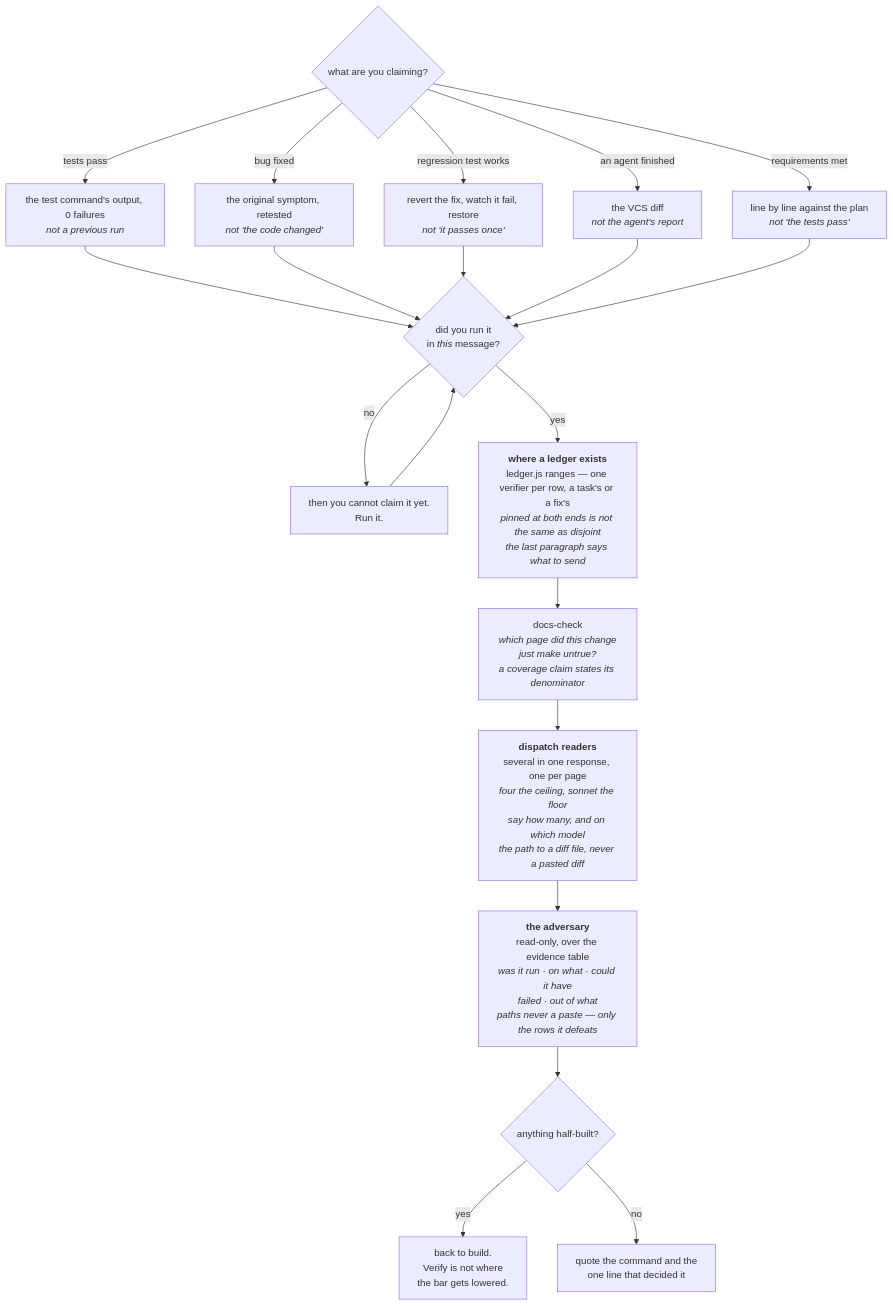
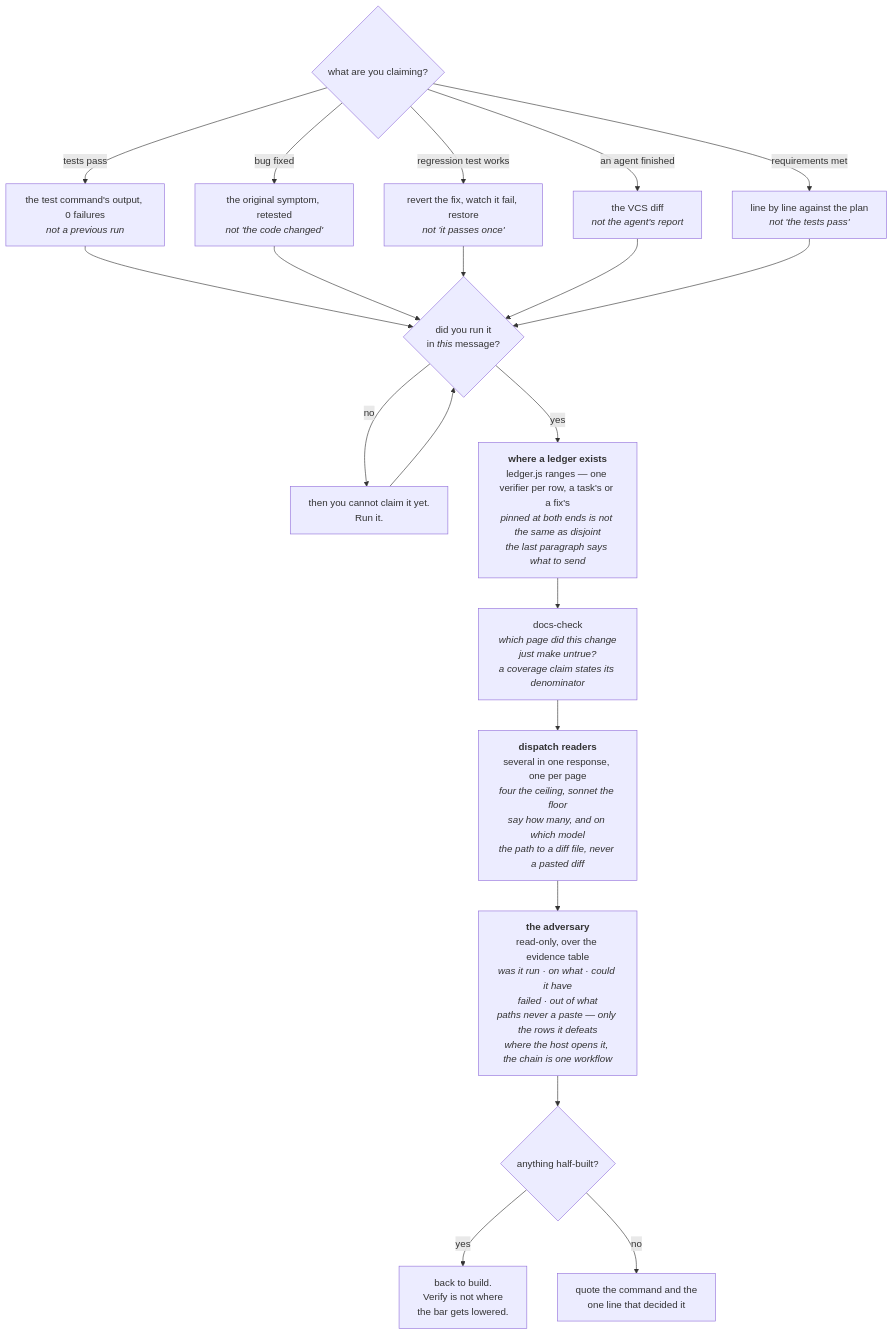
Before and after one commit to FanFantom9452/FanKeel: the sixth of 8 diagrams in docs/pipeline.md, drawn with Mermaid. The commit also changed other lines of this file and 1 other file, not shown here.

Commit message:
docs(pipeline): each stage diagram quotes one line of its rule
- docs/pipeline.md: verify's adversary node regains "where the host opens it, the chain is one workflow"; audit's docs-check node says "dead references, never opinions" instead of paraphrasing it, which had dropped the half that separates the scanner from a person's judgement
- tests/pipeline-doc.test.js: one anchor phrase per stage, asserted both against that stage's rules in lib/stages.js and against its own section of the diagram

````diff
--- a/docs/pipeline.md
+++ b/docs/pipeline.md
@@ -557,38 +557,38 @@
 ```mermaid
 flowchart TD
     A{"what are you claiming?"}
     A1["the test command's output, 0 failures<br/><i>not a previous run</i>"]
     A2["the original symptom, retested<br/><i>not 'the code changed'</i>"]
     A3["revert the fix, watch it fail, restore<br/><i>not 'it passes once'</i>"]
     A4["the VCS diff<br/><i>not the agent's report</i>"]
     A5["line by line against the plan<br/><i>not 'the tests pass'</i>"]
     B{"did you run it<br/>in <i>this</i> message?"}
     C["then you cannot claim it yet.<br/>Run it."]
     D0["<b>where a ledger exists</b><br/>ledger.js ranges — one verifier per row, a task's or a fix's<br/><i>pinned at both ends is not the same as disjoint</i><br/><i>the last paragraph says what to send</i>"]
     D["docs-check<br/><i>which page did this change<br/>just make untrue?</i><br/><i>a coverage claim states its denominator</i>"]
     D1["<b>dispatch readers</b><br/>several in one response, one per page<br/><i>four the ceiling, sonnet the floor</i><br/><i>say how many, and on which model</i><br/><i>the path to a diff file, never a pasted diff</i>"]
-    D2["<b>the adversary</b><br/>read-only, over the evidence table<br/><i>was it run · on what · could it have<br/>failed · out of what</i><br/><i>paths never a paste — only the rows it defeats</i>"]
+    D2["<b>the adversary</b><br/>read-only, over the evidence table<br/><i>was it run · on what · could it have<br/>failed · out of what</i><br/><i>paths never a paste — only the rows it defeats</i><br/><i>where the host opens it, the chain is one workflow</i>"]
     E{"anything half-built?"}
     F["back to build.<br/>Verify is not where<br/>the bar gets lowered."]
     G["quote the command and the<br/>one line that decided it"]
 
     A -- "tests pass" --> A1
     A -- "bug fixed" --> A2
     A -- "regression test works" --> A3
     A -- "an agent finished" --> A4
     A -- "requirements met" --> A5
     A1 --> B
     A2 --> B
     A3 --> B
     A4 --> B
     A5 --> B
     B -- no --> C
     C --> B
     B -- yes --> D0
     D0 --> D
     D --> D1
     D1 --> D2
     D2 --> E
     E -- yes --> F
     E -- no --> G
 ```
````
